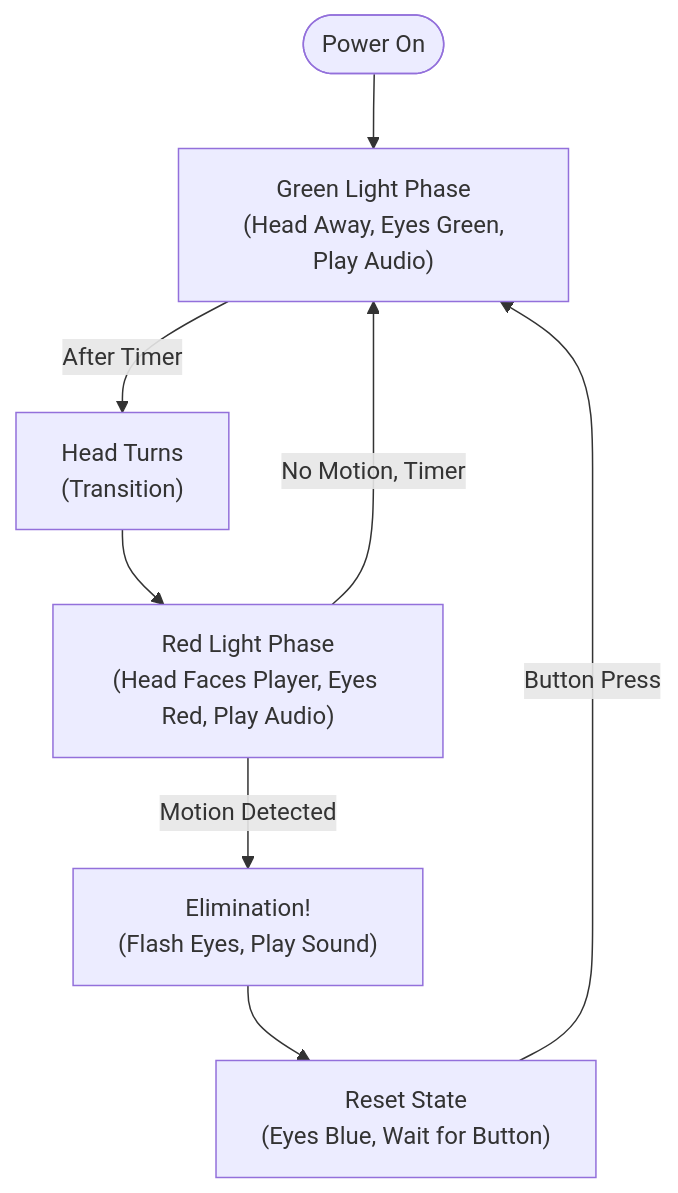
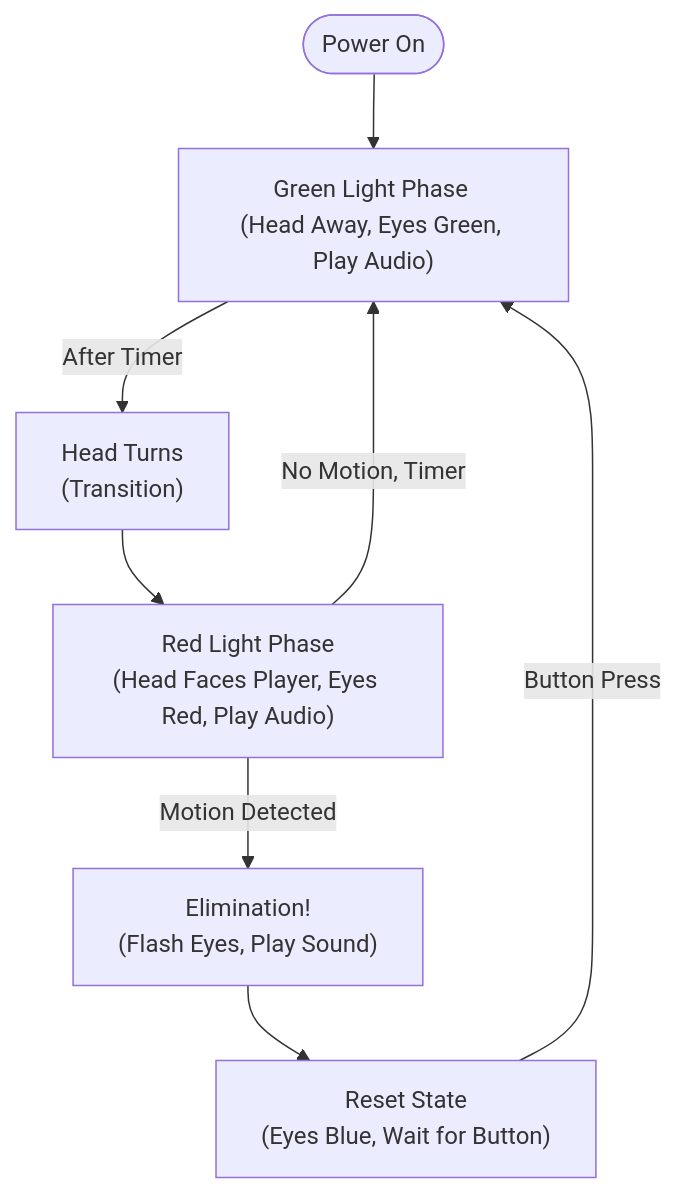
One commit to Akshat394/Squid-Game-Doll-Embedded-Real-Time-Motion-Detection-System changed the diagram in README.md. Above: the diagram before and after it, drawn with Mermaid.

````diff
--- a/README.md
+++ b/README.md
@@ -34,10 +34,10 @@
 ```mermaid
 flowchart TD
-    Start([Power On]) --> Green["Green Light Phase\n (Head Away, Eyes Green, Play Audio)"]
-    Green -->|After Timer| RedTrans["Head Turns\n (Transition)"]
+    Start([Power On]) --> Green["Green Light Phase \n(Head Away, Eyes Green, Play Audio)"]
+    Green -->|After Timer| RedTrans["Head Turns \n(Transition)"]
     RedTrans --> Red["Red Light Phase\n(Head Faces Player, Eyes Red, Play Audio)"]
-    Red -->|Motion Detected| Elim["Elimination!\n (Flash Eyes, Play Sound)"]
+    Red -->|Motion Detected| Elim["Elimination! \n(Flash Eyes, Play Sound)"]
     Red -->|No Motion, Timer| Green
-    Elim --> Reset["Reset State\n (Eyes Blue, Wait for Button)"]
+    Elim --> Reset["Reset State \n(Eyes Blue, Wait for Button)"]
     Reset -->|Button Press| Green
 ```
````
